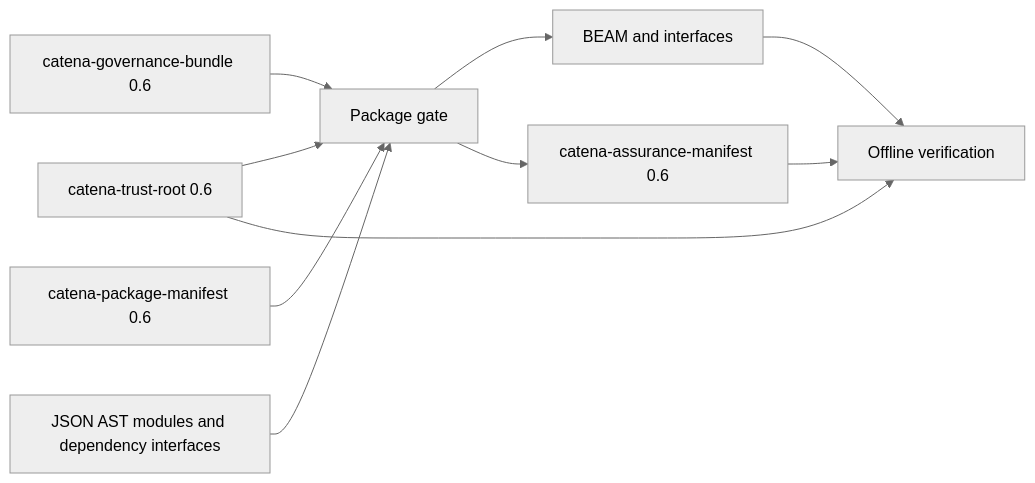
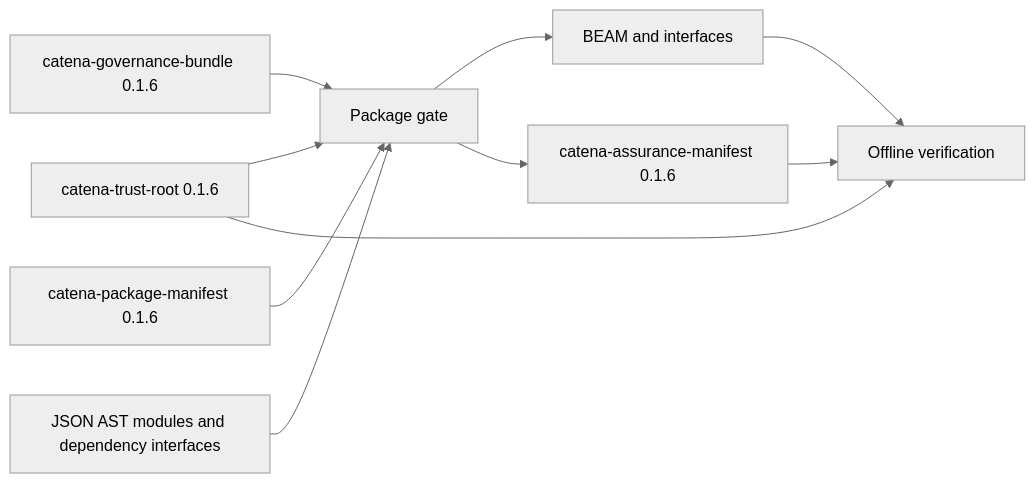
The second of 3 diagrams in guides/operations/governance-operations.md (pcharbon70/catena), drawn with Mermaid (neutral theme) before and after one commit. The commit also changed other lines of this file and 55 other files, not shown here.

````diff
--- a/guides/operations/governance-operations.md
+++ b/guides/operations/governance-operations.md
@@ -68,12 +68,12 @@
 ```mermaid
 flowchart LR
-    Root[catena-trust-root 0.6] --> Gate[Package gate]
-    Bundle[catena-governance-bundle 0.6] --> Gate
-    Package[catena-package-manifest 0.6] --> Gate
+    Root[catena-trust-root 0.1.6] --> Gate[Package gate]
+    Bundle[catena-governance-bundle 0.1.6] --> Gate
+    Package[catena-package-manifest 0.1.6] --> Gate
     Sources[JSON AST modules and dependency interfaces] --> Gate
     Gate --> Runtime[BEAM and interfaces]
-    Gate --> Assurance[catena-assurance-manifest 0.6]
+    Gate --> Assurance[catena-assurance-manifest 0.1.6]
     Assurance --> Verify[Offline verification]
     Root --> Verify
     Runtime --> Verify
 ```
````
